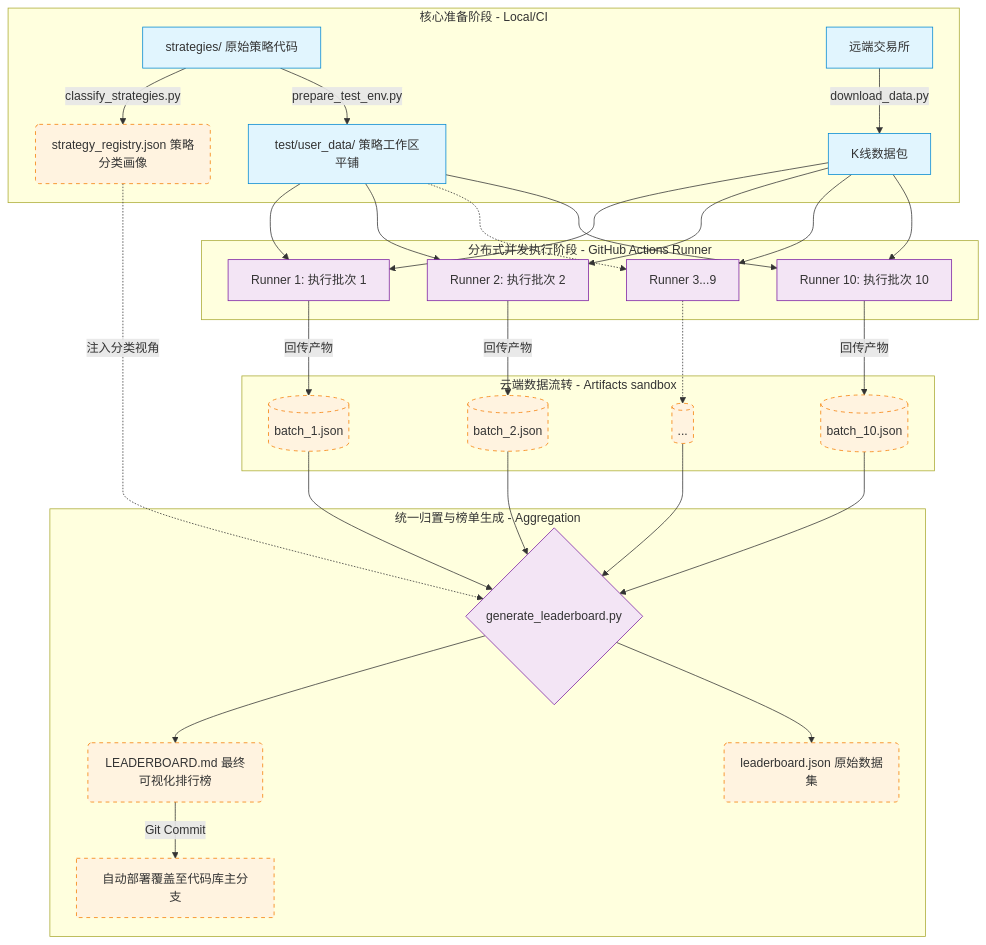
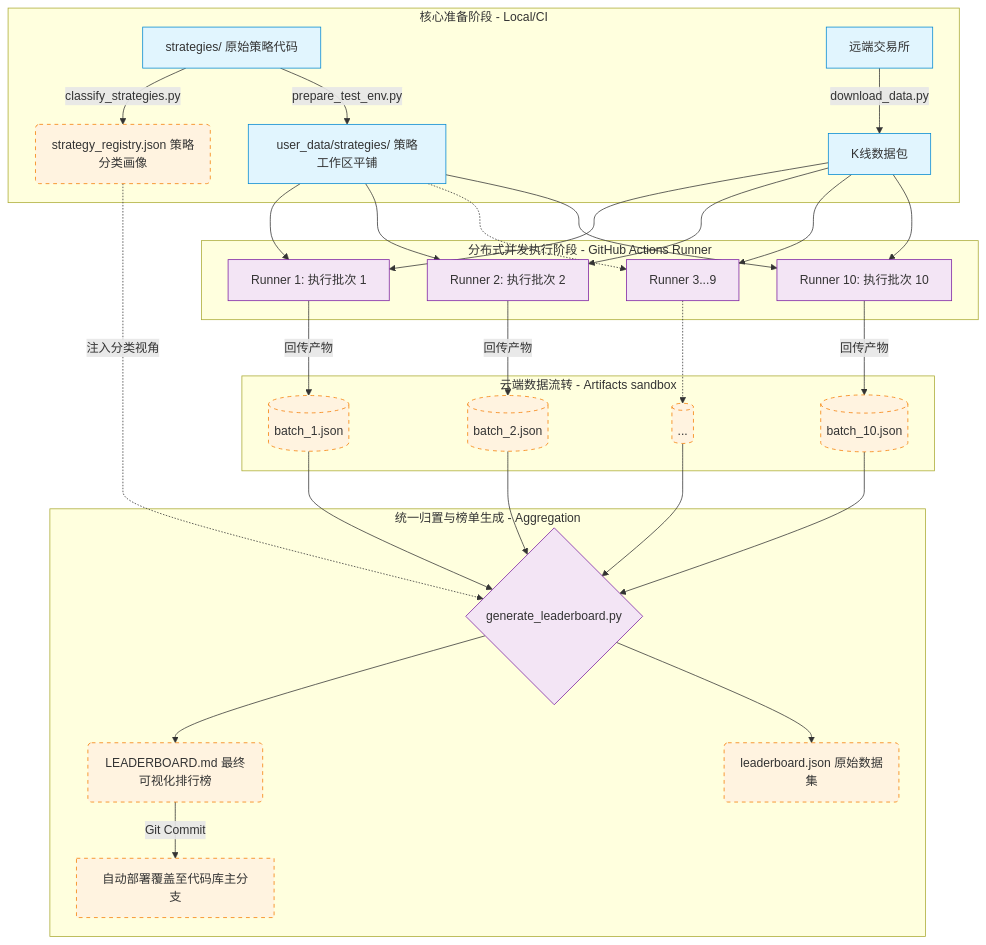
The diagram in docs/批量回测设计方案.md (neozhou2009/freqtrade-strategies), drawn with Mermaid before and after one commit. The commit also changed other lines of this file and 15 other files, not shown here.

````diff
--- a/docs/批量回测设计方案.md
+++ b/docs/批量回测设计方案.md
@@ -17,43 +17,43 @@
 ```mermaid
 graph TD
     classDef main fill:#f9f9f9,stroke:#333,stroke-width:2px;
     classDef node fill:#e1f5fe,stroke:#0288d1,stroke-width:1px;
     classDef center fill:#f3e5f5,stroke:#7b1fa2,stroke-width:1px;
     classDef artifact fill:#fff3e0,stroke:#f57c00,stroke-width:1px,stroke-dasharray: 5 5;
 
     subgraph Phase1 ["核心准备阶段 - Local/CI"]
         A["strategies/ 原始策略代码"] -->|"classify_strategies.py"| B("strategy_registry.json 策略分类画像")
-        A -->|"prepare_test_env.py"| C["test/user_data/ 策略工作区平铺"]
+        A -->|"prepare_test_env.py"| C["user_data/strategies/ 策略工作区平铺"]
         D["远端交易所"] -->|"download_data.py"| E["K线数据包"]
     end
 
     subgraph Phase2 ["分布式并发执行阶段 - GitHub Actions Runner"]
         C --> R1["Runner 1: 执行批次 1"]
         C --> R2["Runner 2: 执行批次 2"]
         C -.-> R3["Runner 3...9"]
         C --> R10["Runner 10: 执行批次 10"]
         
         E --> R1 & R2 & R3 & R10
     end
 
     subgraph Phase3 ["云端数据流转 - Artifacts sandbox"]
         R1 -->|"回传产物"| J1[("batch_1.json")]
         R2 -->|"回传产物"| J2[("batch_2.json")]
         R3 -.-> J3[("...")]
         R10 -->|"回传产物"| J10[("batch_10.json")]
     end
 
     subgraph Phase4 ["统一归置与榜单生成 - Aggregation"]
         J1 & J2 & J3 & J10 --> G{"generate_leaderboard.py"}
         B -.->|"注入分类视角"| G
         
         G --> H("LEADERBOARD.md 最终可视化排行榜")
         G --> I("leaderboard.json 原始数据集")
         
         H -->|"Git Commit"| K["自动部署覆盖至代码库主分支"]
     end
     
     class A,D,C,E node;
     class R1,R2,R3,R10,G center;
     class B,J1,J2,J3,J10,H,I,K artifact;
 ```
````
